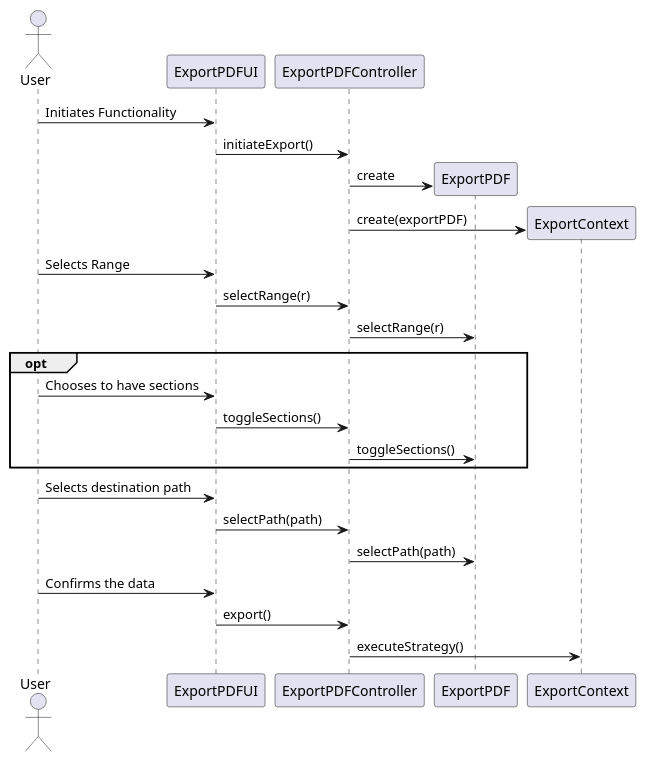
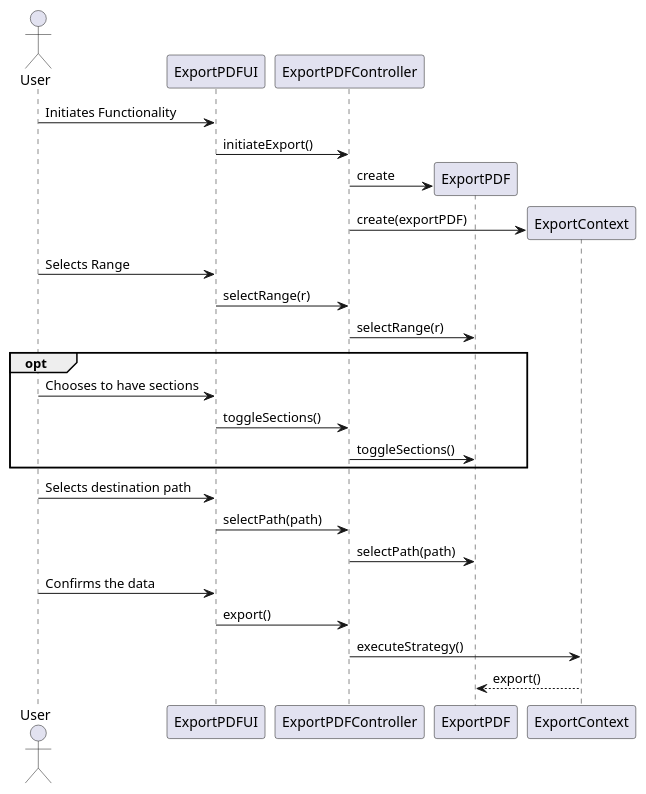
One commit to MikeTekOn/lapr4-2017-2dd changed the diagram in src/main/java/lapr4/red/s1/core/n1150451/exportPDF/core08_01_design_sd.puml. Above: the diagram before and after it, drawn with PlantUML. The commit also changed 2 other files, not shown here.

Commit message:
LAPR4E17DD-139 #time 1h 35min #done #comment Added class diagram. Design finished.

```diff
--- a/src/main/java/lapr4/red/s1/core/n1150451/exportPDF/core08_01_design_sd.puml
+++ b/src/main/java/lapr4/red/s1/core/n1150451/exportPDF/core08_01_design_sd.puml
@@ -1,25 +1,26 @@
 @startuml
 actor User
 User -> ExportPDFUI : Initiates Functionality
 ExportPDFUI->ExportPDFController: initiateExport()
 create ExportPDF
 ExportPDFController->ExportPDF : create
 create ExportContext
 ExportPDFController->ExportContext : create(exportPDF)
 User -> ExportPDFUI : Selects Range
 ExportPDFUI->ExportPDFController: selectRange(r)
 ExportPDFController->ExportPDF: selectRange(r)
 opt
 User -> ExportPDFUI : Chooses to have sections
 ExportPDFUI->ExportPDFController: toggleSections()
 ExportPDFController->ExportPDF: toggleSections()
 end
 User -> ExportPDFUI : Selects destination path
 ExportPDFUI->ExportPDFController: selectPath(path)
 ExportPDFController->ExportPDF: selectPath(path)
 
 User -> ExportPDFUI : Confirms the data
 ExportPDFUI -> ExportPDFController : export()
 
 ExportPDFController -> ExportContext : executeStrategy()
+ExportContext --> ExportPDF : export()
 @enduml
```
